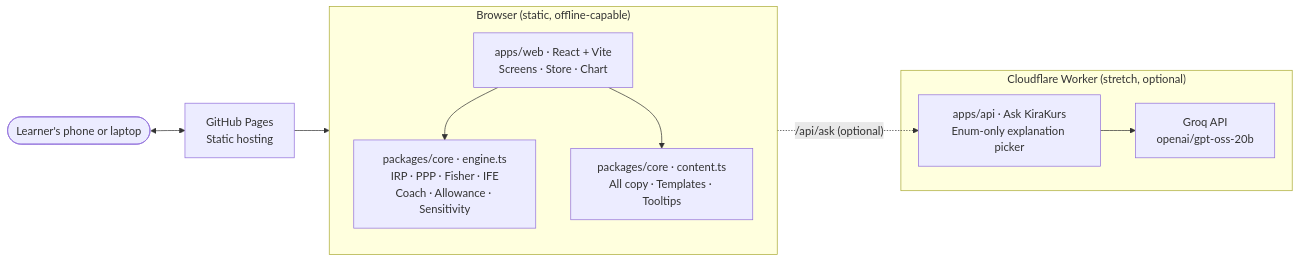
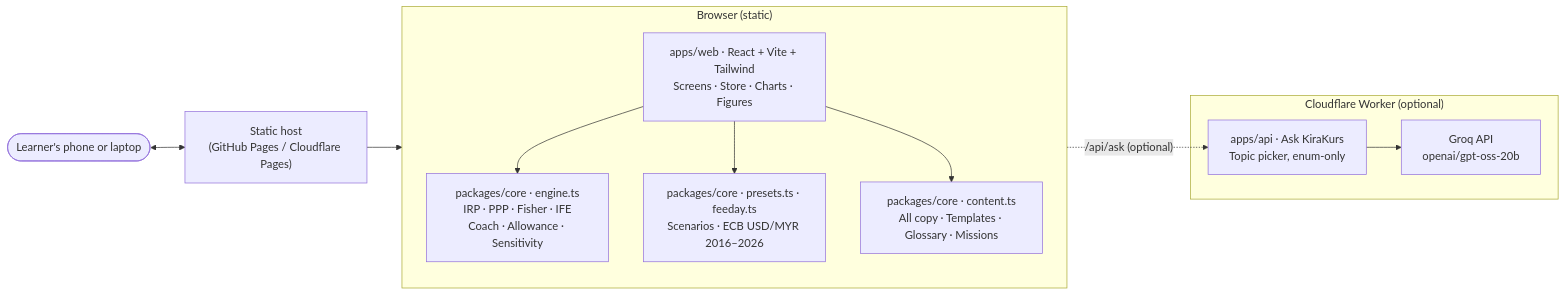
One commit to No0bmazt3r/KiraKurs changed the diagram in README.md. Above: the diagram before and after it, drawn with Mermaid. The commit also changed other lines of this file and 2 other files, not shown here.

Commit message:
DOCS: full README update (all screens, four scenarios, AI feature, design/motion, testing, honest status), SOURCES §F and ENGINE §9 for the new snapshots

````diff
--- a/README.md
+++ b/README.md
@@ -177,25 +217,27 @@
 ```mermaid
 flowchart LR
   user(["Learner's phone or laptop"])
-  
-  subgraph client["Browser (static, offline-capable)"]
+
+  subgraph client["Browser (static)"]
     direction TB
-    web["apps/web · React + Vite\nScreens · Store · Chart"]
+    web["apps/web · React + Vite + Tailwind\nScreens · Store · Charts · Figures"]
     engine["packages/core · engine.ts\nIRP · PPP · Fisher · IFE\nCoach · Allowance · Sensitivity"]
-    content["packages/core · content.ts\nAll copy · Templates · Tooltips"]
+    data["packages/core · presets.ts · feeday.ts\nScenarios · ECB USD/MYR 2016–2026"]
+    content["packages/core · content.ts\nAll copy · Templates · Glossary · Missions"]
   end
-  
-  subgraph api["Cloudflare Worker (stretch, optional)"]
-    ask["apps/api · Ask KiraKurs\nEnum-only explanation picker"]
+
+  subgraph api["Cloudflare Worker (optional)"]
+    ask["apps/api · Ask KiraKurs\nTopic picker, enum-only"]
     groq["Groq API\nopenai/gpt-oss-20b"]
   end
-  
-  ghp["GitHub Pages\nStatic hosting"]
-  
-  user <--> ghp
-  ghp --> web
+
+  host["Static host\n(GitHub Pages / Cloudflare Pages)"]
+
+  user <--> host
+  host --> web
   web --> engine
+  web --> data
   web --> content
   web -.->|"/api/ask (optional)"| ask
   ask --> groq
 ```
````
